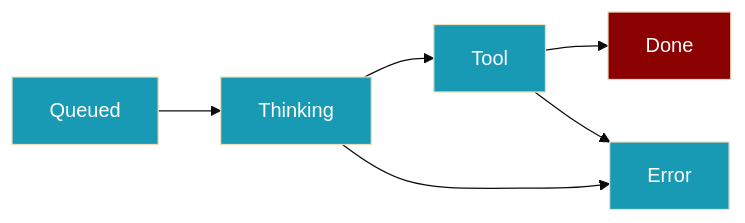
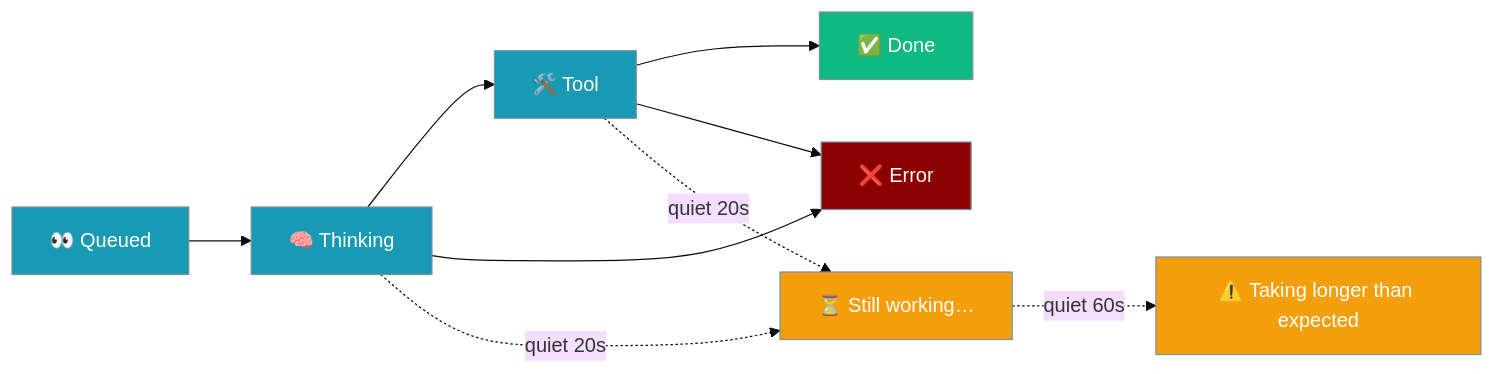
Before and after one commit to MervinPraison/PraisonAIDocs: the first of 4 diagrams in docs/features/bot-status-reactions.mdx, drawn with Mermaid (base theme). The commit also changed other lines of this file, not shown here.

Commit message:
docs: extend Bot Status Reactions with stall watchdog + label fallback (fixes #1687)

````diff
--- a/docs/features/bot-status-reactions.mdx
+++ b/docs/features/bot-status-reactions.mdx
@@ -26,14 +26,21 @@
 ```mermaid
 graph LR
-    Q[Queued] --> T[Thinking]
-    T --> Tool[Tool]
-    Tool --> D[Done]
-    T --> E[Error]
+    Q[👀 Queued] --> T[🧠 Thinking]
+    T --> Tool[🛠️ Tool]
+    Tool --> D[✅ Done]
+    T --> E[❌ Error]
     Tool --> E
+    T -.quiet 20s.-> Soft[⏳ Still working…]
+    Tool -.quiet 20s.-> Soft
+    Soft -.quiet 60s.-> Hard[⚠️ Taking longer than expected]
 
-    classDef agent fill:#8B0000,color:#fff
-    classDef tool fill:#189AB4,color:#fff
+    classDef done fill:#10B981,stroke:#7C90A0,color:#fff
+    classDef phase fill:#189AB4,stroke:#7C90A0,color:#fff
+    classDef stall fill:#F59E0B,stroke:#7C90A0,color:#fff
+    classDef error fill:#8B0000,stroke:#7C90A0,color:#fff
 
-    class D agent
-    class Q,T,Tool,E tool
+    class D done
+    class Q,T,Tool phase
+    class Soft,Hard stall
+    class E error
 ```
````
